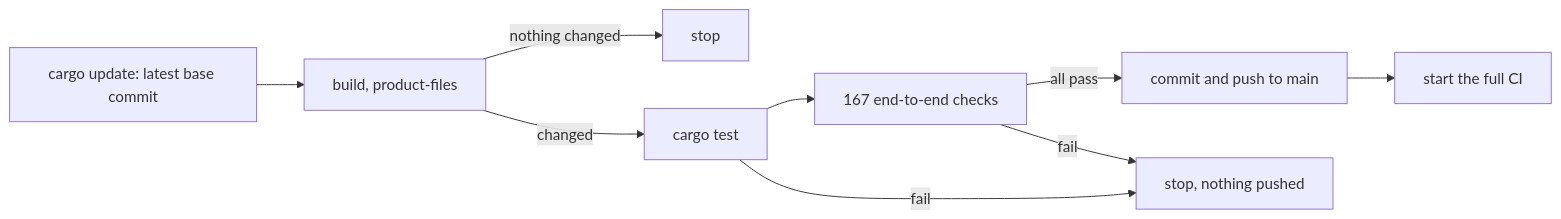
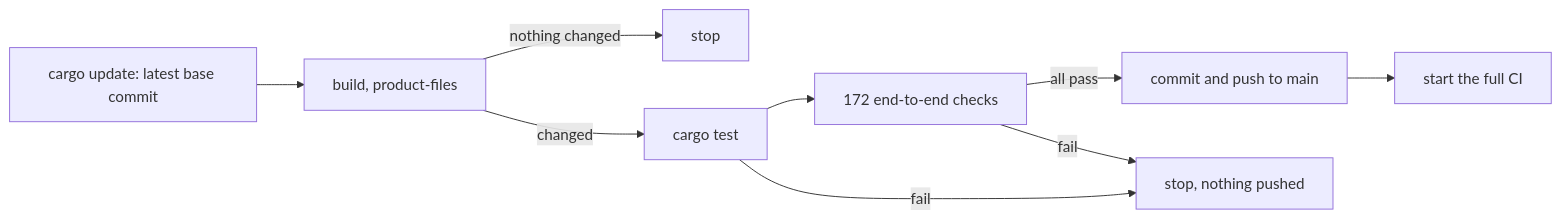
The diagram in docs/testing.md (Phygital-Key/phygital-key-a2a), drawn with Mermaid before and after one commit. The commit also changed other lines of this file and 5 other files, not shown here.

````diff
--- a/docs/testing.md
+++ b/docs/testing.md
@@ -140,11 +141,11 @@
 ```mermaid
 flowchart LR
     A["cargo update: latest base commit"] --> B["build, product-files"]
     B -->|"nothing changed"| X["stop"]
     B -->|"changed"| C["cargo test"]
-    C --> D["167 end-to-end checks"]
+    C --> D["172 end-to-end checks"]
     D -->|"all pass"| E["commit and push to main"]
     E --> F["start the full CI"]
     C -->|"fail"| X2["stop, nothing pushed"]
     D -->|"fail"| X2
 ```
````
